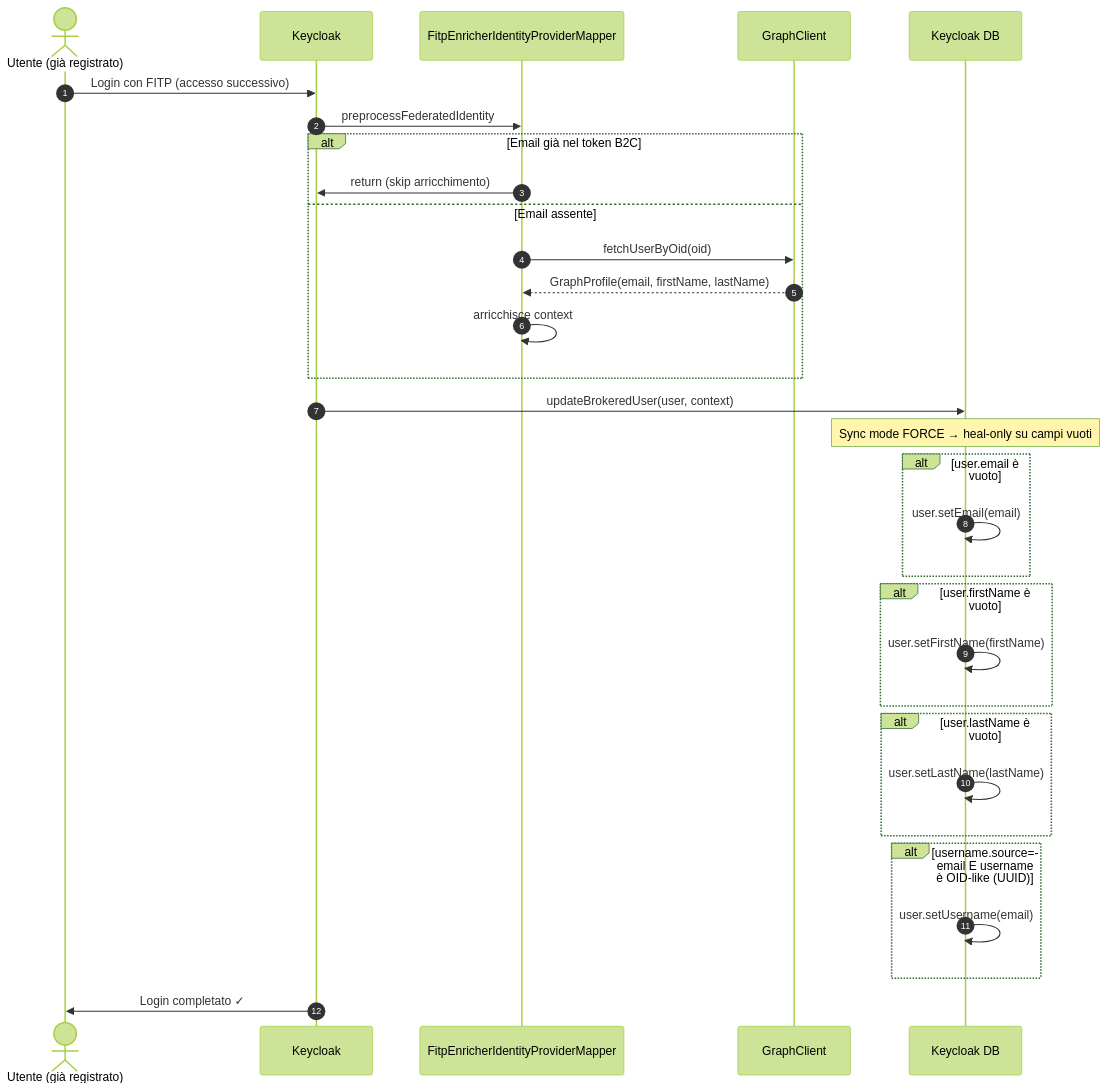
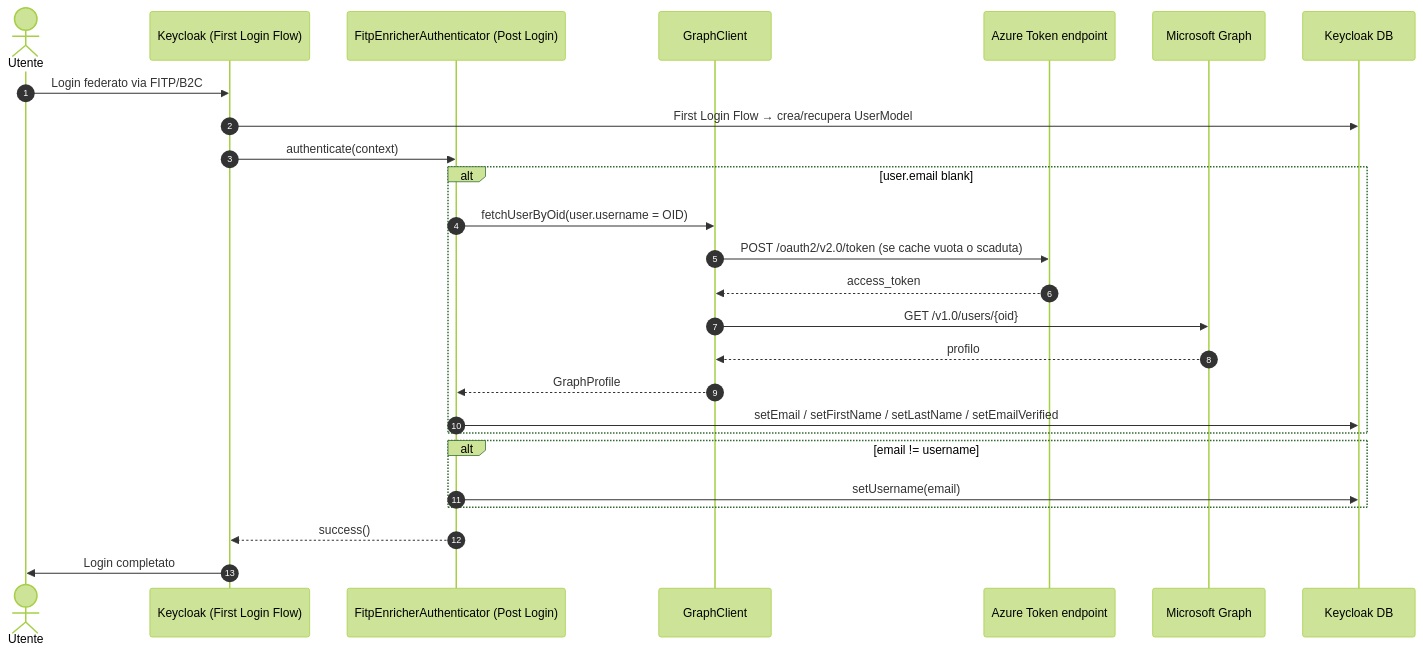
The diagram in docs/ARCHITECTURE.md (HiWay-Media/keycloak-fitp-enricher), drawn with Mermaid (forest theme) before and after one commit. The commit also changed other lines of this file and 12 other files, not shown here.

First line of the commit message:
feat: update FITP Profile Enricher to version 0.2.0

````diff
--- a/docs/ARCHITECTURE.md
+++ b/docs/ARCHITECTURE.md
@@ -181,39 +38,32 @@
 ```mermaid
 sequenceDiagram
     autonumber
-    actor U as Utente (già registrato)
-    participant KC as Keycloak
-    participant Mapper as FitpEnricherIdentityProviderMapper
+    actor U as Utente
+    participant KC as Keycloak (First Login Flow)
+    participant Auth as FitpEnricherAuthenticator (Post Login)
     participant GC as GraphClient
+    participant AAD as Azure Token endpoint
+    participant GME as Microsoft Graph
     participant DB as Keycloak DB
 
-    U->>KC: Login con FITP (accesso successivo)
-    KC->>Mapper: preprocessFederatedIdentity
+    U->>KC: Login federato via FITP/B2C
+    KC->>DB: First Login Flow → crea/recupera UserModel
+    KC->>Auth: authenticate(context)
 
-    alt Email già nel token B2C
-        Mapper->>KC: return (skip arricchimento)
-    else Email assente
-        Mapper->>GC: fetchUserByOid(oid)
-        GC-->>Mapper: GraphProfile(email, firstName, lastName)
-        Mapper->>Mapper: arricchisce context
+    alt user.email blank
+        Auth->>GC: fetchUserByOid(user.username = OID)
+        GC->>AAD: POST /oauth2/v2.0/token (se cache vuota o scaduta)
+        AAD-->>GC: access_token
+        GC->>GME: GET /v1.0/users/{oid}
+        GME-->>GC: profilo
+        GC-->>Auth: GraphProfile
+        Auth->>DB: setEmail / setFirstName / setLastName / setEmailVerified
     end
 
-    KC->>DB: updateBrokeredUser(user, context)
-    
-    Note over DB: Sync mode FORCE → heal-only su campi vuoti
-
-    alt user.email è vuoto
-        DB->>DB: user.setEmail(email)
-    end
-    alt user.firstName è vuoto
-        DB->>DB: user.setFirstName(firstName)
-    end
-    alt user.lastName è vuoto
-        DB->>DB: user.setLastName(lastName)
-    end
-    alt username.source=email E username è OID-like (UUID)
-        DB->>DB: user.setUsername(email)
+    alt email != username
+        Auth->>DB: setUsername(email)
     end
 
-    KC->>U: Login completato ✓
+    Auth-->>KC: success()
+    KC->>U: Login completato
 ```
````
